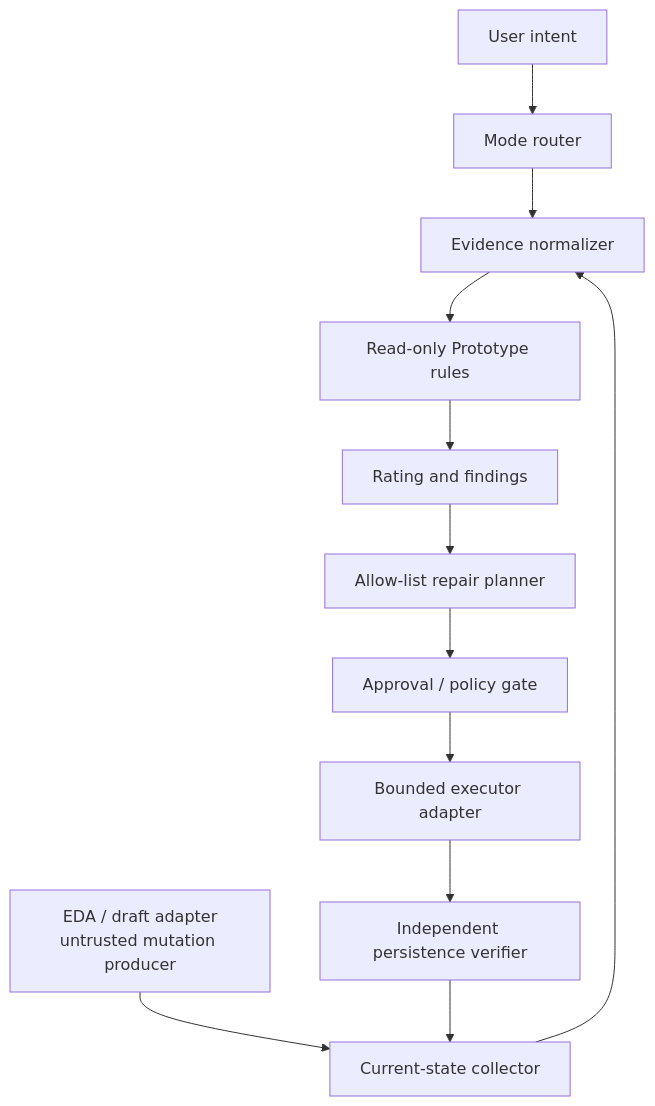
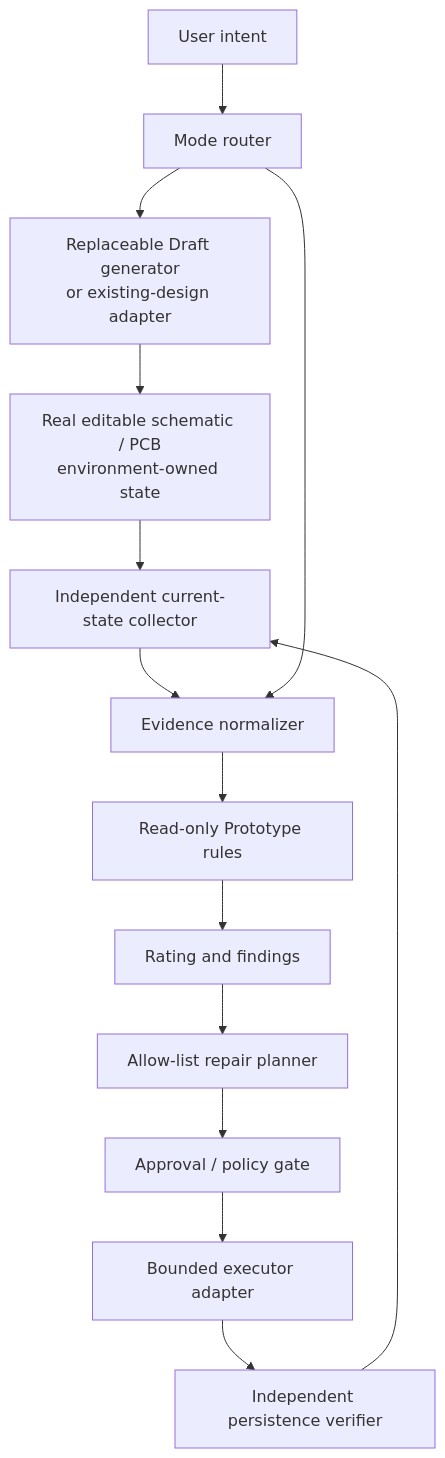
The diagram in docs/architecture.md (Fpj5085/pcb-prototype-quality-gate), drawn with Mermaid before and after one commit. The commit also changed other lines of this file and 54 other files, not shown here.

````diff
--- a/docs/architecture.md
+++ b/docs/architecture.md
@@ -19,14 +20,16 @@
 ```mermaid
 flowchart TB
   U["User intent"] --> R["Mode router"]
-  E["EDA / draft adapter\nuntrusted mutation producer"] --> C["Current-state collector"]
+  R --> D["Replaceable Draft generator\nor existing-design adapter"]
+  D --> E["Real editable schematic / PCB\nenvironment-owned state"]
+  E --> C["Independent current-state collector"]
   C --> N["Evidence normalizer"]
   R --> N
   N --> Q["Read-only Prototype rules"]
   Q --> O["Rating and findings"]
   O --> P["Allow-list repair planner"]
   P --> G["Approval / policy gate"]
   G --> X["Bounded executor adapter"]
   X --> V["Independent persistence verifier"]
   V --> C
 ```
````
